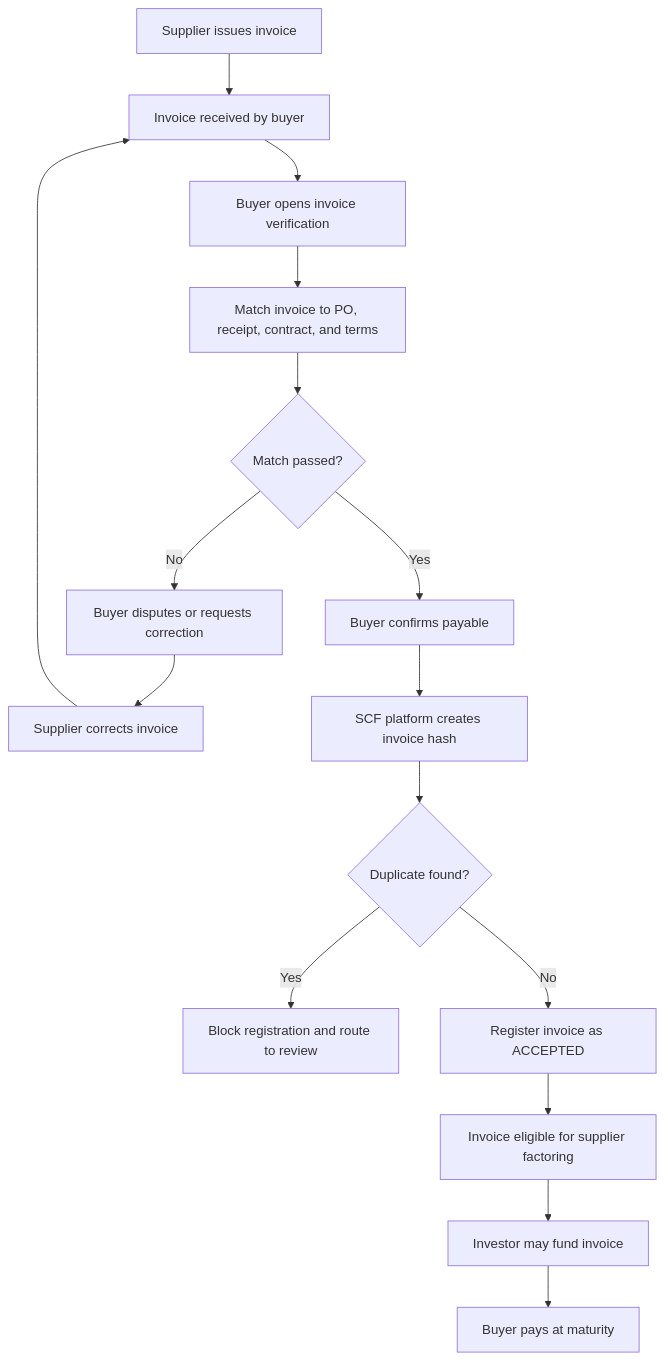
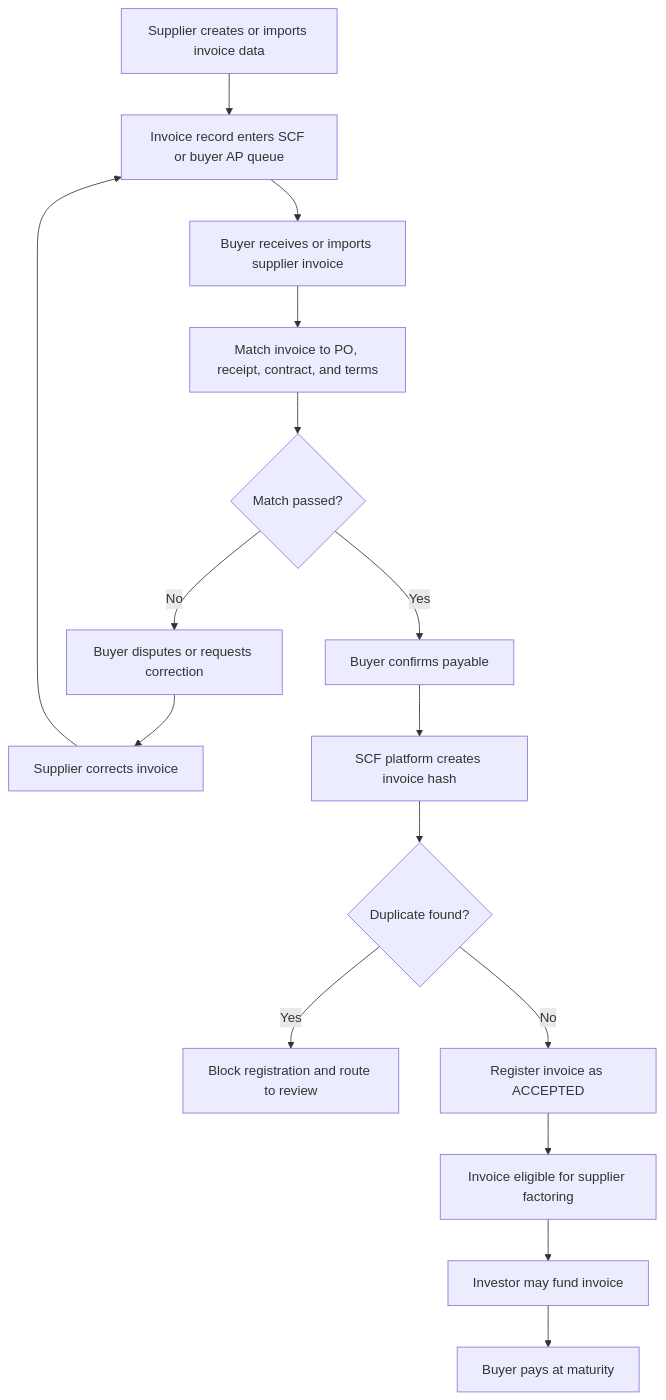
One commit to SmartFinuxLabs/SmartFinuxLabs.github.io changed the first of 2 diagrams in Products-SCF/Plan/1 Draft - Upload invoice.md. Above: the diagram before and after it, drawn with Mermaid. The commit also changed other lines of this file and 1 other file, not shown here.

Commit message:
Clarify SCF invoice modes

````diff
--- a/Products-SCF/Plan/1 Draft - Upload invoice.md
+++ b/Products-SCF/Plan/1 Draft - Upload invoice.md
@@ -59,18 +84,18 @@
 ```mermaid
 flowchart TD
-    A[Supplier issues invoice] --> B[Invoice received by buyer]
-    B --> C[Buyer opens invoice verification]
+    A[Supplier creates or imports invoice data] --> B[Invoice record enters SCF or buyer AP queue]
+    B --> C[Buyer receives or imports supplier invoice]
     C --> D[Match invoice to PO, receipt, contract, and terms]
     D --> E{Match passed?}
     E -- No --> F[Buyer disputes or requests correction]
     F --> G[Supplier corrects invoice]
     G --> B
     E -- Yes --> H[Buyer confirms payable]
     H --> I[SCF platform creates invoice hash]
     I --> J{Duplicate found?}
     J -- Yes --> K[Block registration and route to review]
     J -- No --> L[Register invoice as ACCEPTED]
     L --> M[Invoice eligible for supplier factoring]
     M --> N[Investor may fund invoice]
     N --> O[Buyer pays at maturity]
 ```
````
